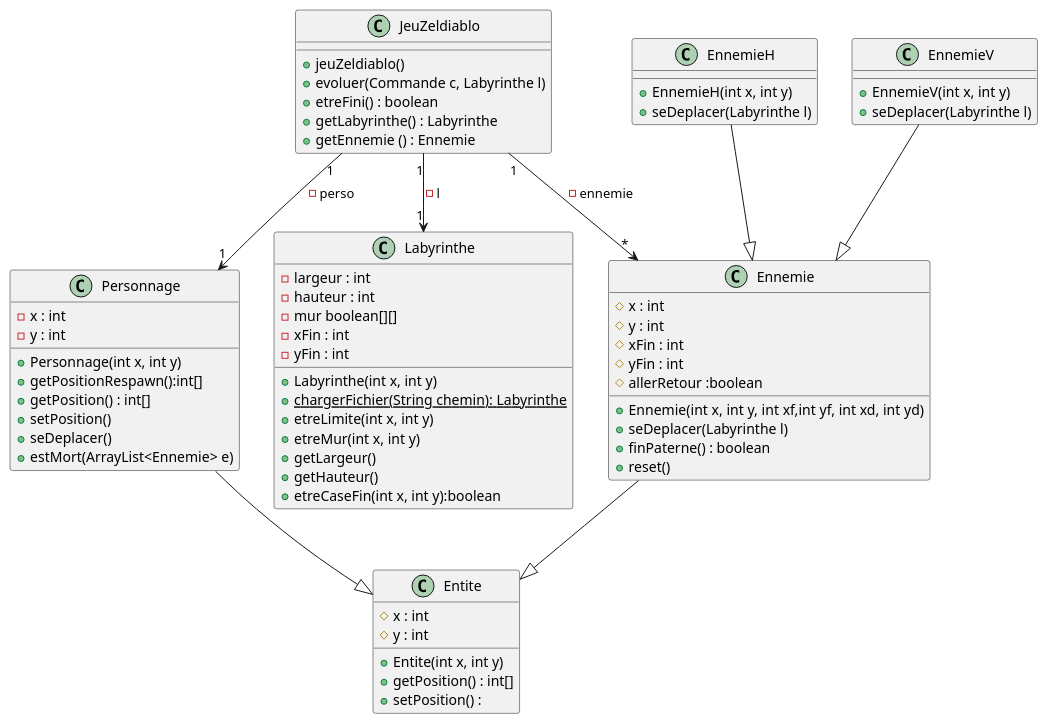
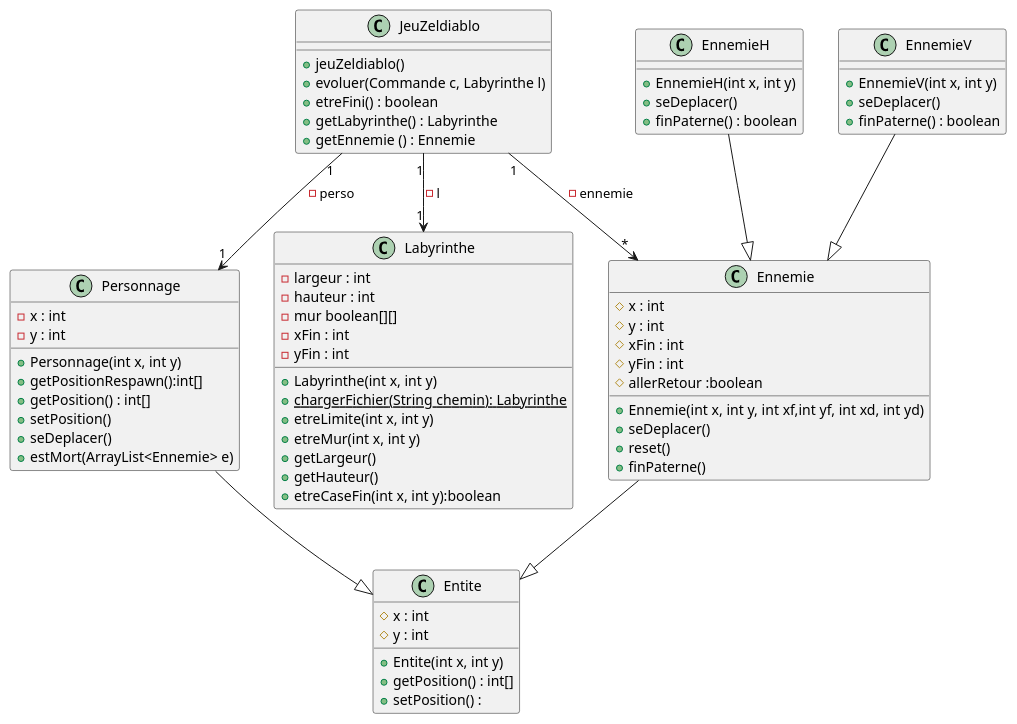
One commit to D-Lilian09/2026_COO_Zeldiablo_DU-HE-MA-PA changed the diagram in documents/version_4/DiagrammeDeClasse_V4.puml. Above: the diagram before and after it, drawn with PlantUML.

Commit message:
modif du diagramme de classe

```diff
--- a/documents/version_4/DiagrammeDeClasse_V4.puml
+++ b/documents/version_4/DiagrammeDeClasse_V4.puml
@@ -1,83 +1,85 @@
 @startuml
 
 class Personnage{
 
     - x : int
     - y : int
 
     + Personnage(int x, int y)
     + getPositionRespawn():int[]
     + getPosition() : int[]
     + setPosition()
     + seDeplacer()
     + estMort(ArrayList<Ennemie> e)
 }
 
 class Labyrinthe {
     - largeur : int
     - hauteur : int
     - mur boolean[][]
     - xFin : int
     - yFin : int
 
     + Labyrinthe(int x, int y)
     {static} + chargerFichier(String chemin): Labyrinthe
     + etreLimite(int x, int y)
     + etreMur(int x, int y)
     + getLargeur()
     + getHauteur()
     + etreCaseFin(int x, int y):boolean
 }
 class JeuZeldiablo{
 
     + jeuZeldiablo()
     + evoluer(Commande c, Labyrinthe l)
     + etreFini() : boolean
     + getLabyrinthe() : Labyrinthe
     + getEnnemie () : Ennemie
 }
 
 class Ennemie{
     # x : int
     # y : int
     # xFin : int
     # yFin : int
     # allerRetour :boolean
 
     + Ennemie(int x, int y, int xf,int yf, int xd, int yd)
-    + seDeplacer(Labyrinthe l)
-    + finPaterne() : boolean
+    + seDeplacer()
     + reset()
+    + finPaterne()
 
 }
 
 class Entite{
     # x : int
     # y : int
 
     + Entite(int x, int y)
     + getPosition() : int[]
     + setPosition() :
 }
 
 class EnnemieH{
 
     + EnnemieH(int x, int y)
-    + seDeplacer(Labyrinthe l)
+    + seDeplacer()
+    + finPaterne() : boolean
 }
 
 class EnnemieV{
 
     + EnnemieV(int x, int y)
-    + seDeplacer(Labyrinthe l)
+    + seDeplacer()
+    + finPaterne() : boolean
 }
 
 JeuZeldiablo"1" --> "1" Personnage : - perso
 JeuZeldiablo"1" --> "*" Ennemie : - ennemie
 JeuZeldiablo"1" --> "1" Labyrinthe : - l
 EnnemieH --|>   Ennemie
 EnnemieV --|>   Ennemie
 Personnage --|> Entite
 Ennemie --|> Entite
 
 @enduml
```
